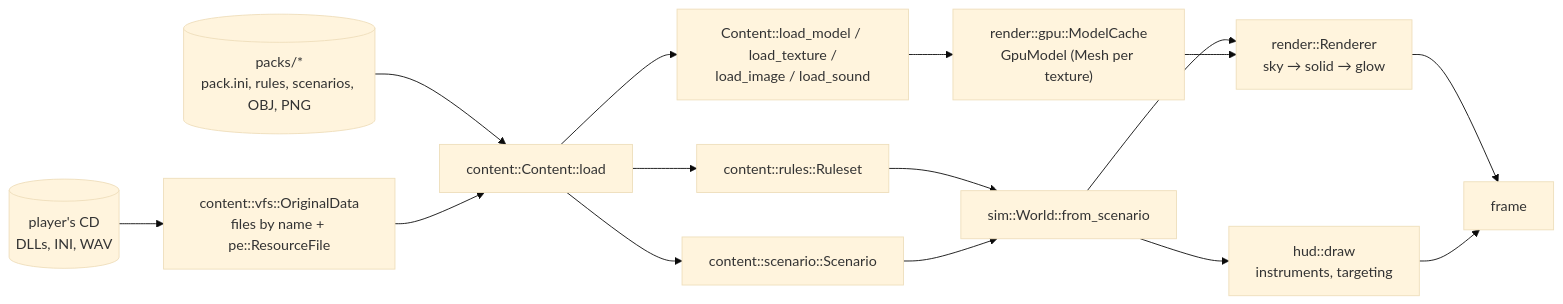
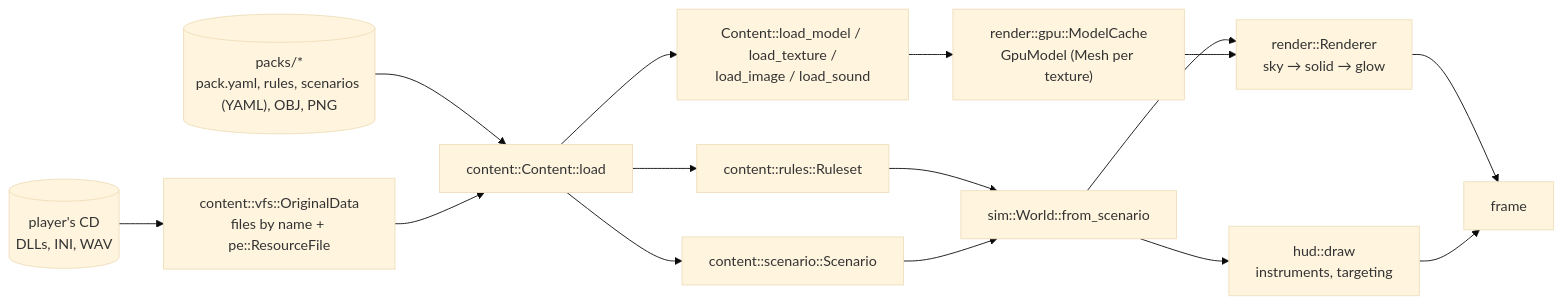
One commit to bbogovich/OpenInterceptor changed the second of 4 diagrams in docs/architecture/index.md. Above: the diagram before and after it, drawn with Mermaid (base theme). The commit also changed other lines of this file and 56 other files, not shown here.

````diff
--- a/docs/architecture/index.md
+++ b/docs/architecture/index.md
@@ -66,17 +67,17 @@
 ```mermaid
 flowchart LR
     CD[("player's CD<br/>DLLs, INI, WAV")] --> OD["content::vfs::OriginalData<br/>files by name + pe::ResourceFile"]
-    PK[("packs/*<br/>pack.ini, rules, scenarios, OBJ, PNG")] --> CT["content::Content::load"]
+    PK[("packs/*<br/>pack.yaml, rules, scenarios (YAML), OBJ, PNG")] --> CT["content::Content::load"]
     OD --> CT
     CT --> RU["content::rules::Ruleset"]
     CT --> SC["content::scenario::Scenario"]
     CT --> LD["Content::load_model / load_texture /<br/>load_image / load_sound"]
     LD --> MC["render::gpu::ModelCache<br/>GpuModel (Mesh per texture)"]
     RU --> W["sim::World::from_scenario"]
     SC --> W
     W --> RN["render::Renderer<br/>sky → solid → glow"]
     MC --> RN
     W --> HD["hud::draw<br/>instruments, targeting"]
     RN --> FR["frame"]
     HD --> FR
 ```
````
